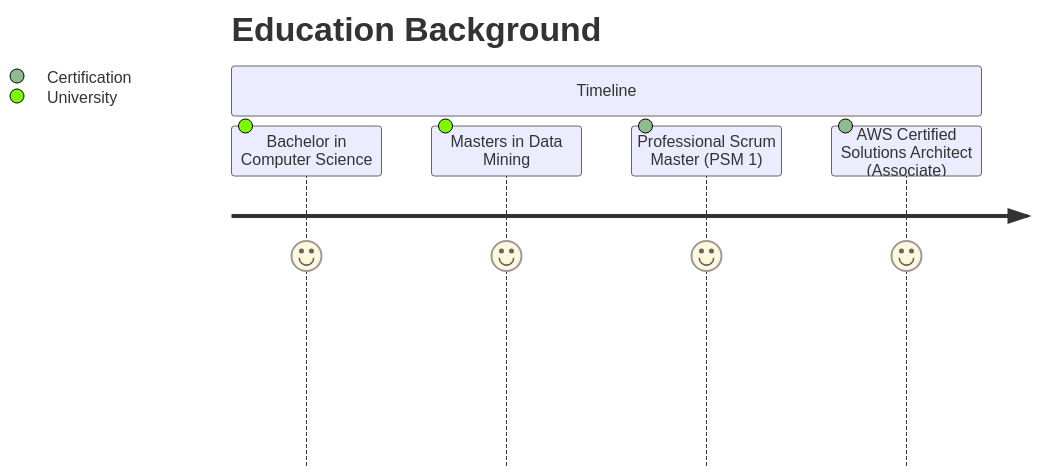
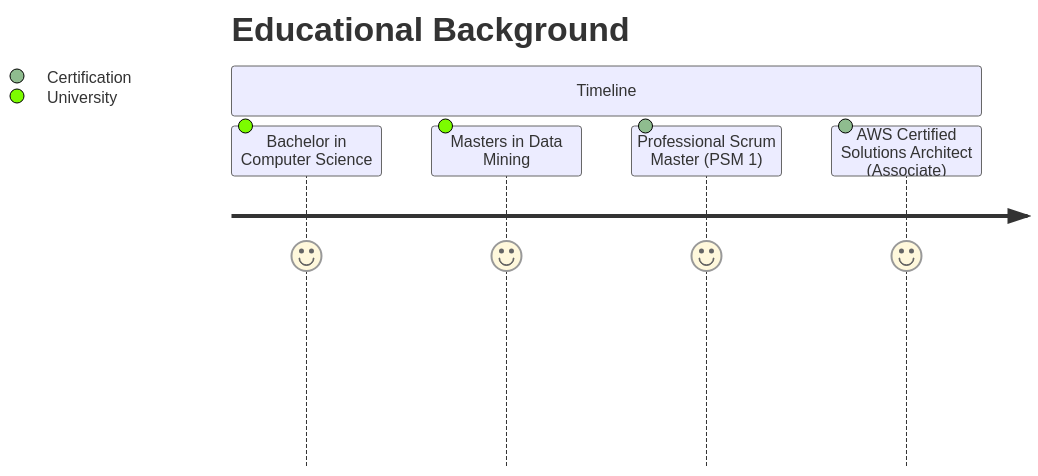
The second of 2 diagrams in README.md (muhammad-ahsan/muhammad-ahsan), drawn with Mermaid before and after one commit. The commit also changed other lines of this file, not shown here.

````diff
--- a/README.md
+++ b/README.md
@@ -11,11 +27,10 @@
 ```mermaid
 
-
 journey
-    title Education Background
+    title Educational Background
     section Timeline
       Bachelor in Computer Science: 7: University
       Masters in Data Mining: 7: University
       Professional Scrum Master (PSM 1): 7: Certification
       AWS Certified Solutions Architect (Associate): 7: Certification
 ```
````
